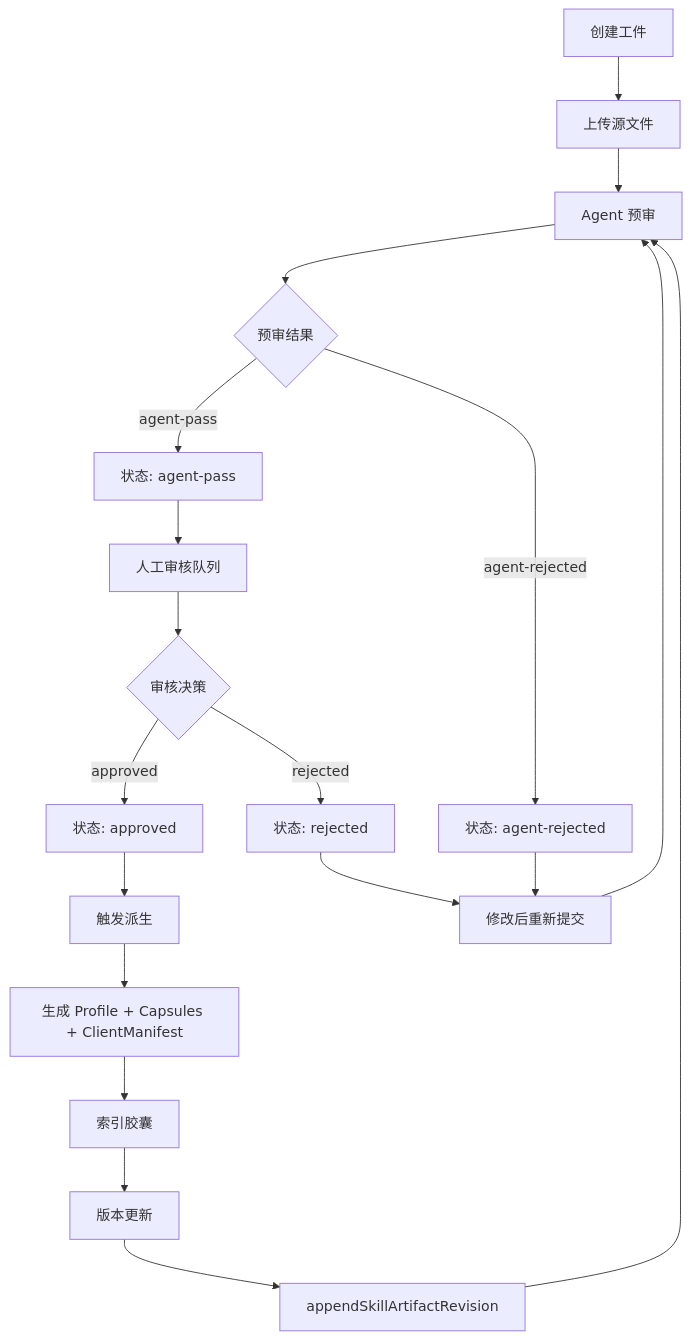
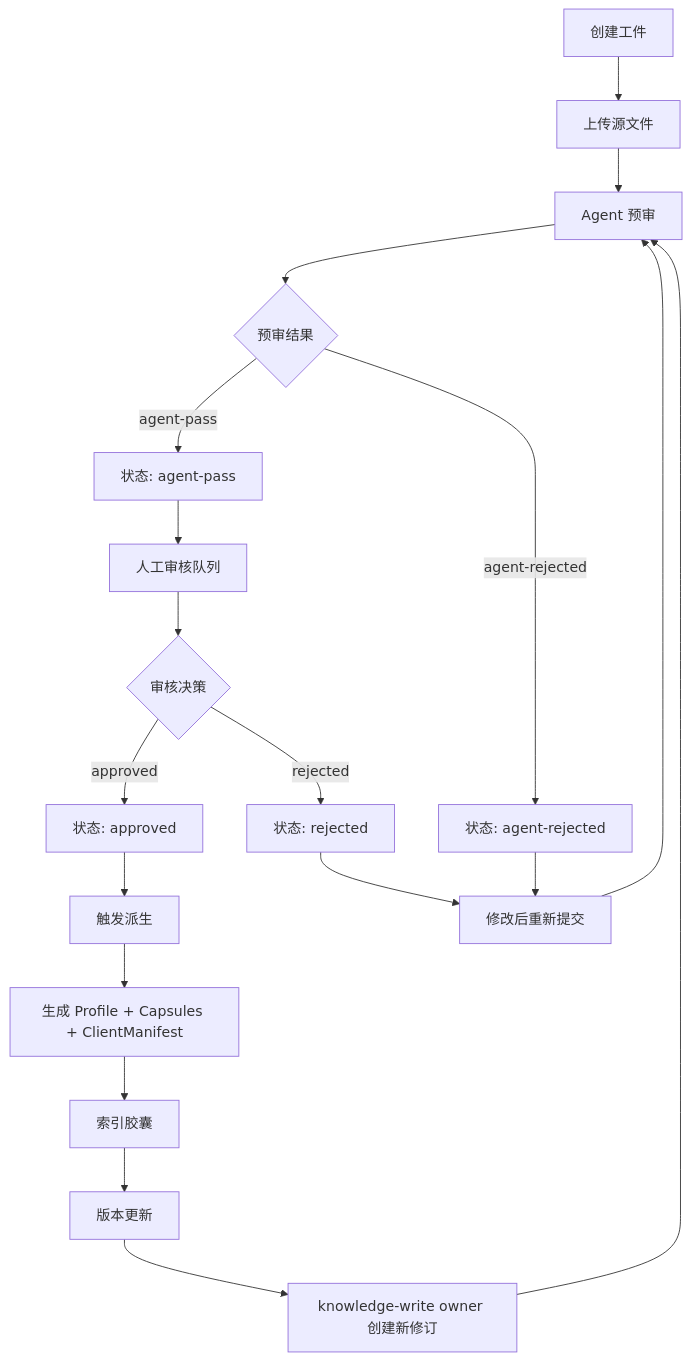
One commit to pofossette/TrapMap-for-vibing changed the third of 7 diagrams in docs/architecture/components/ARTIFACTS.md. Above: the diagram before and after it, drawn with Mermaid. The commit also changed other lines of this file and 94 other files, not shown here.

````diff
--- a/docs/architecture/components/ARTIFACTS.md
+++ b/docs/architecture/components/ARTIFACTS.md
@@ -218,27 +218,27 @@
 ```mermaid
 flowchart TB
     A[创建工件] --> B[上传源文件]
     B --> C[Agent 预审]
     C --> D{预审结果}
     D -->|agent-pass| E[状态: agent-pass]
     D -->|agent-rejected| F[状态: agent-rejected]
     
     E --> G[人工审核队列]
     G --> H{审核决策}
     
     H -->|approved| I[状态: approved]
     H -->|rejected| J[状态: rejected]
     
     I --> K[触发派生]
     K --> L[生成 Profile + Capsules + ClientManifest]
     L --> M[索引胶囊]
     
     M --> N[版本更新]
-    N --> O[appendSkillArtifactRevision]
+    N --> O[knowledge-write owner 创建新修订]
     O --> C
     
     J --> P[修改后重新提交]
     P --> C
     
     F --> P
 ```
````
